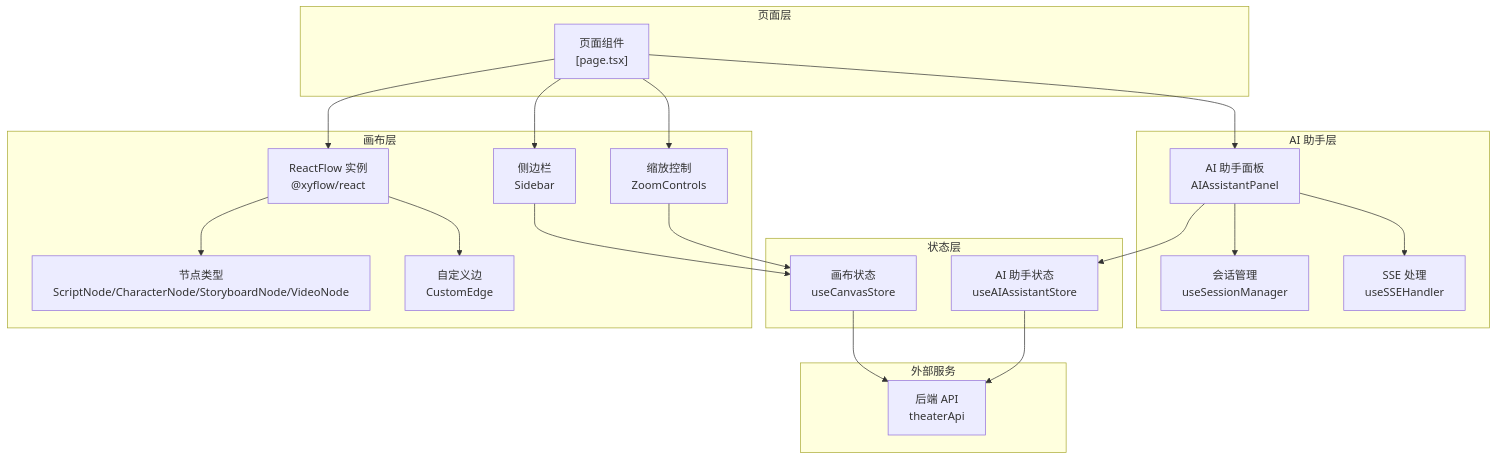
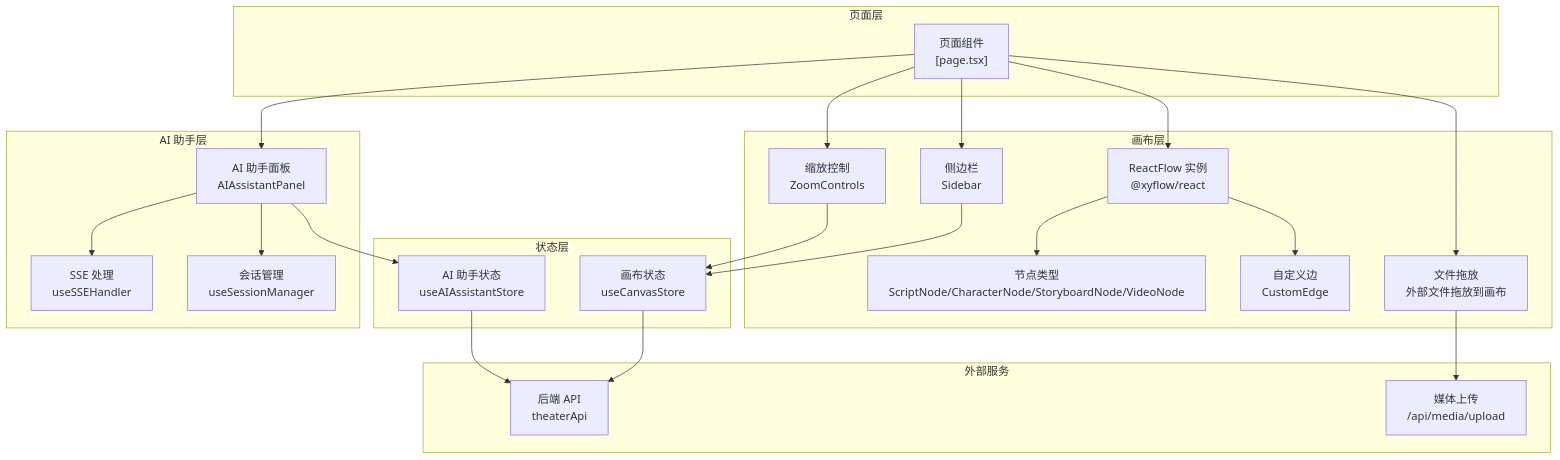
Before and after one commit to KunLabAI/KunFlix: the first of 9 diagrams in .qoder/repowiki/zh/content/前端应用架构/剧场画布编辑器/画布核心组件.md, drawn with Mermaid. The commit also changed other lines of this file and 9 other files, not shown here.

````diff
--- a/.qoder/repowiki/zh/content/前端应用架构/剧场画布编辑器/画布核心组件.md
+++ b/.qoder/repowiki/zh/content/前端应用架构/剧场画布编辑器/画布核心组件.md
@@ -46,38 +55,42 @@
 ```mermaid
 graph TB
 subgraph "页面层"
 Page["页面组件<br/>[page.tsx]"]
 end
 subgraph "画布层"
 ReactFlow["ReactFlow 实例<br/>@xyflow/react"]
 Nodes["节点类型<br/>ScriptNode/CharacterNode/StoryboardNode/VideoNode"]
 Edges["自定义边<br/>CustomEdge"]
 Sidebar["侧边栏<br/>Sidebar"]
 Zoom["缩放控制<br/>ZoomControls"]
+FileDrop["文件拖放<br/>外部文件拖放到画布"]
 end
 subgraph "状态层"
 CanvasStore["画布状态<br/>useCanvasStore"]
 AIStore["AI 助手状态<br/>useAIAssistantStore"]
 end
 subgraph "AI 助手层"
 Panel["AI 助手面板<br/>AIAssistantPanel"]
 SSE["SSE 处理<br/>useSSEHandler"]
 Session["会话管理<br/>useSessionManager"]
 end
 subgraph "外部服务"
 API["后端 API<br/>theaterApi"]
+MediaUpload["媒体上传<br/>/api/media/upload"]
 end
 Page --> ReactFlow
 Page --> Sidebar
 Page --> Zoom
 Page --> Panel
+Page --> FileDrop
 ReactFlow --> Nodes
 ReactFlow --> Edges
 Sidebar --> CanvasStore
 Zoom --> CanvasStore
 Panel --> AIStore
 Panel --> Session
 Panel --> SSE
 CanvasStore --> API
 AIStore --> API
+FileDrop --> MediaUpload
 ```
````
